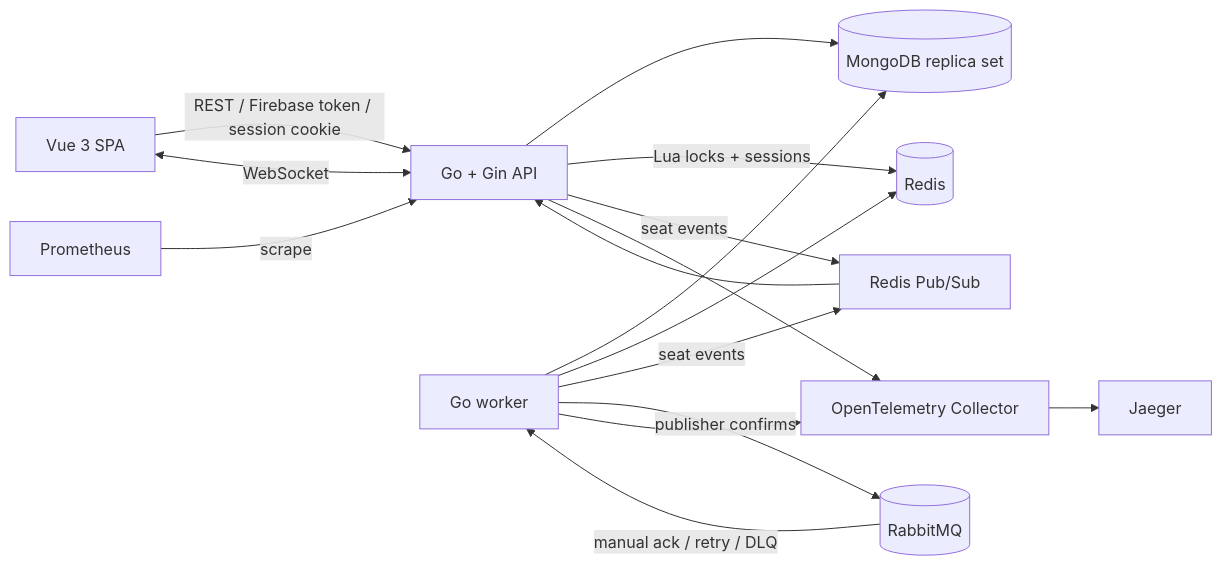
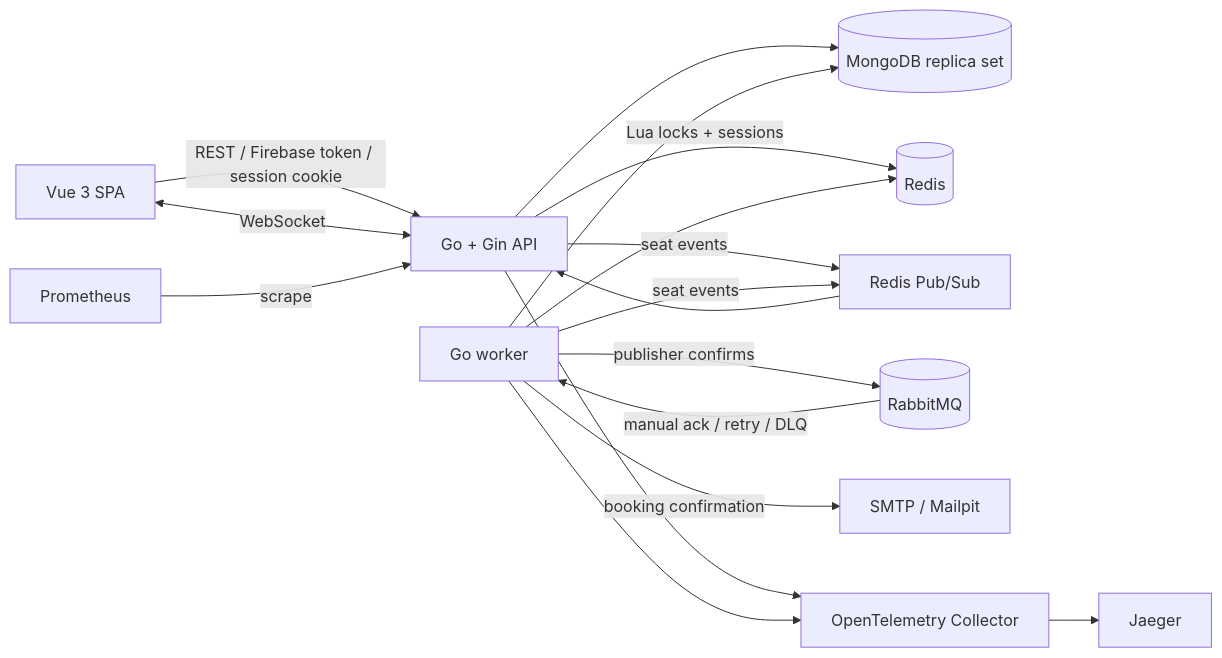
One commit to jakarin-b/Cinema-Ticket-Booking changed the diagram in README.md. Above: the diagram before and after it, drawn with Mermaid. The commit also changed other lines of this file and 14 other files, not shown here.

Commit message:
feat: implement SMTP email notifications for booking confirmations, including configuration, validation, and Mailpit integration

````diff
--- a/README.md
+++ b/README.md
@@ -7,18 +7,19 @@
 ```mermaid
 flowchart LR
     Browser[Vue 3 SPA] -->|REST / Firebase token / session cookie| API[Go + Gin API]
     Browser <-->|WebSocket| API
     API --> Mongo[(MongoDB replica set)]
     API -->|Lua locks + sessions| Redis[(Redis)]
     API -->|seat events| PubSub[Redis Pub/Sub]
     PubSub --> API
     Worker[Go worker] --> Mongo
     Worker --> Redis
     Worker -->|seat events| PubSub
     Worker -->|publisher confirms| Rabbit[(RabbitMQ)]
     Rabbit -->|manual ack / retry / DLQ| Worker
+    Worker -->|booking confirmation| SMTP[SMTP / Mailpit]
     API --> OTEL[OpenTelemetry Collector]
     Worker --> OTEL
     OTEL --> Jaeger[Jaeger]
     Prometheus[Prometheus] -->|scrape| API
 ```
````
